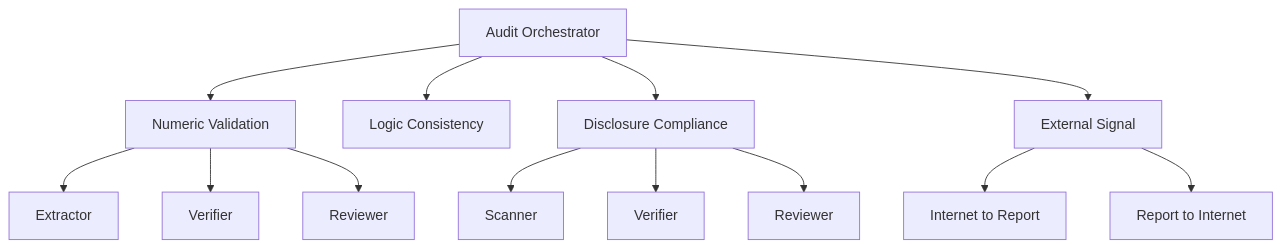
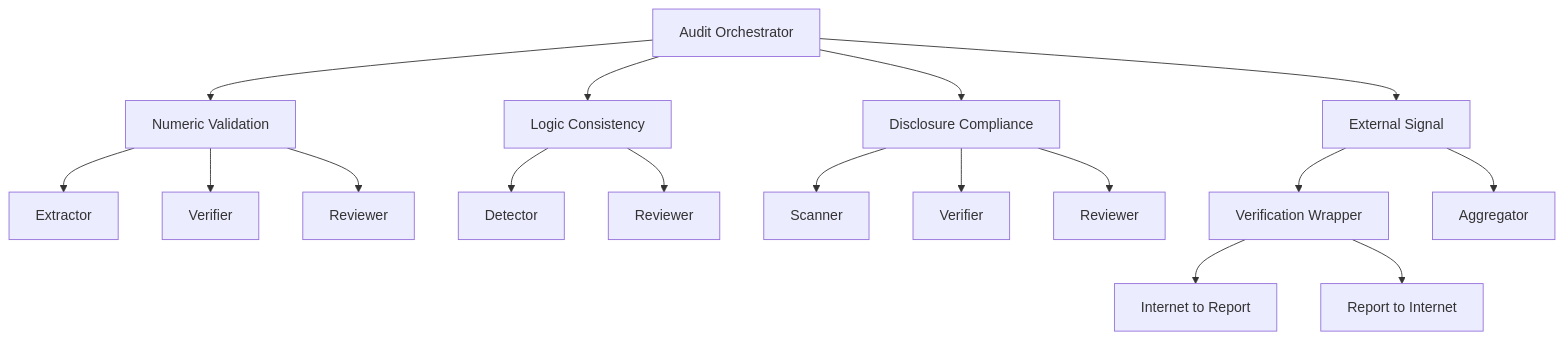
The diagram in backend/agents/README.md (ogasimli/veritas-ai), drawn with Mermaid before and after one commit. The commit also changed 16 other files, not shown here.

First line of the commit message:
refactor: unify external signal findings schema and processing logic

````diff
--- a/backend/agents/README.md
+++ b/backend/agents/README.md
@@ -20,18 +20,24 @@
 ```mermaid
 graph TD
     Root[Audit Orchestrator] --> NV[Numeric Validation]
     Root --> LC[Logic Consistency]
     Root --> DC[Disclosure Compliance]
     Root --> ES[External Signal]
 
     NV --> NV_Ext[Extractor]
     NV --> NV_Ver[Verifier]
     NV --> NV_Rev[Reviewer]
 
+    LC --> LC_Det[Detector]
+    LC --> LC_Rev[Reviewer]
+
     DC --> DC_Scan[Scanner]
     DC --> DC_Ver[Verifier]
     DC --> DC_Rev[Reviewer]
 
-    ES --> ES_ITR[Internet to Report]
-    ES --> ES_RTI[Report to Internet]
+    ES --> ES_Verif[Verification Wrapper]
+    ES --> ES_Agg[Aggregator]
+
+    ES_Verif --> ES_ITR[Internet to Report]
+    ES_Verif --> ES_RTI[Report to Internet]
 ```
````
